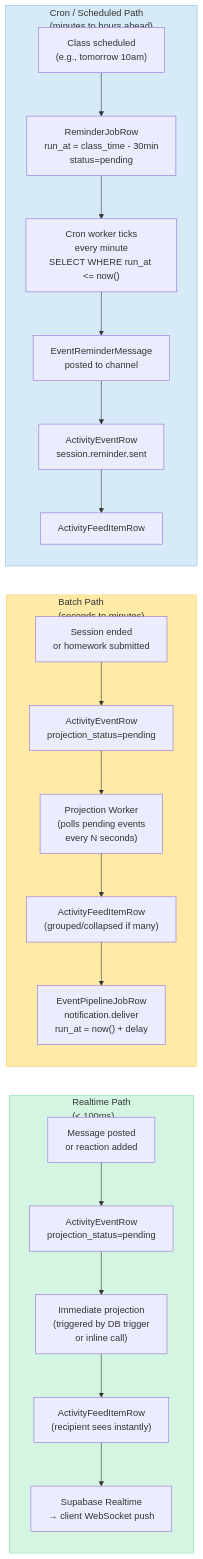
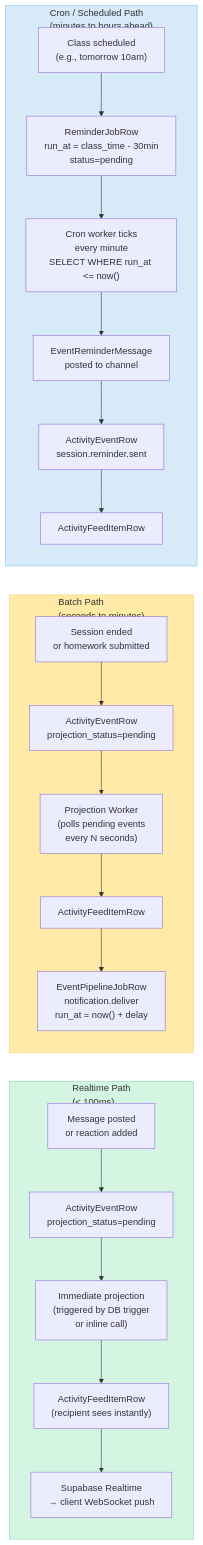
Before and after one commit to heidisoft/iconicedu-monorepo: diagram 26 of 31 in docs/architecture/feature-diagrams.md, drawn with Mermaid. The commit also changed other lines of this file and 3 other files, not shown here.

First line of the commit message:
Update architecture docs and DB migrations

````diff
--- a/docs/architecture/feature-diagrams.md
+++ b/docs/architecture/feature-diagrams.md
@@ -1370,37 +1370,37 @@
 ```mermaid
 flowchart LR
     subgraph RT["Realtime Path\n(< 100ms)"]
         MSG_POST["Message posted\nor reaction added"]
         RT_EVENT["ActivityEventRow\nprojection_status=pending"]
         RT_PROJECT["Immediate projection\n(triggered by DB trigger\nor inline call)"]
         RT_FEED["ActivityFeedItemRow\n(recipient sees instantly)"]
         RT_PUSH["Supabase Realtime\n→ client WebSocket push"]
 
         MSG_POST --> RT_EVENT --> RT_PROJECT --> RT_FEED --> RT_PUSH
     end
 
     subgraph BATCH["Batch Path\n(seconds to minutes)"]
         SESSION_END2["Session ended\nor homework submitted"]
         BATCH_EVENT["ActivityEventRow\nprojection_status=pending"]
         BATCH_WORKER["Projection Worker\n(polls pending events\nevery N seconds)"]
-        BATCH_FEED["ActivityFeedItemRow\n(grouped/collapsed if many)"]
+        BATCH_FEED["ActivityFeedItemRow"]
         BATCH_NOTIF["EventPipelineJobRow\nnotification.deliver\nrun_at = now() + delay"]
 
         SESSION_END2 --> BATCH_EVENT --> BATCH_WORKER --> BATCH_FEED --> BATCH_NOTIF
     end
 
     subgraph CRON["Cron / Scheduled Path\n(minutes to hours ahead)"]
         SCHED_CLASS["Class scheduled\n(e.g., tomorrow 10am)"]
         REMINDER_JOB["ReminderJobRow\nrun_at = class_time - 30min\nstatus=pending"]
         CRON_TICK["Cron worker ticks\nevery minute\nSELECT WHERE run_at <= now()"]
         REMINDER_MSG["EventReminderMessage\nposted to channel"]
         CRON_EVENT["ActivityEventRow\nsession.reminder.sent"]
         CRON_FEED["ActivityFeedItemRow"]
 
         SCHED_CLASS --> REMINDER_JOB --> CRON_TICK --> REMINDER_MSG --> CRON_EVENT --> CRON_FEED
     end
 
     style RT fill:#d5f5e3,stroke:#82e0aa
     style BATCH fill:#ffeaa7,stroke:#fdcb6e
     style CRON fill:#d6eaf8,stroke:#85c1e9
 ```
````
